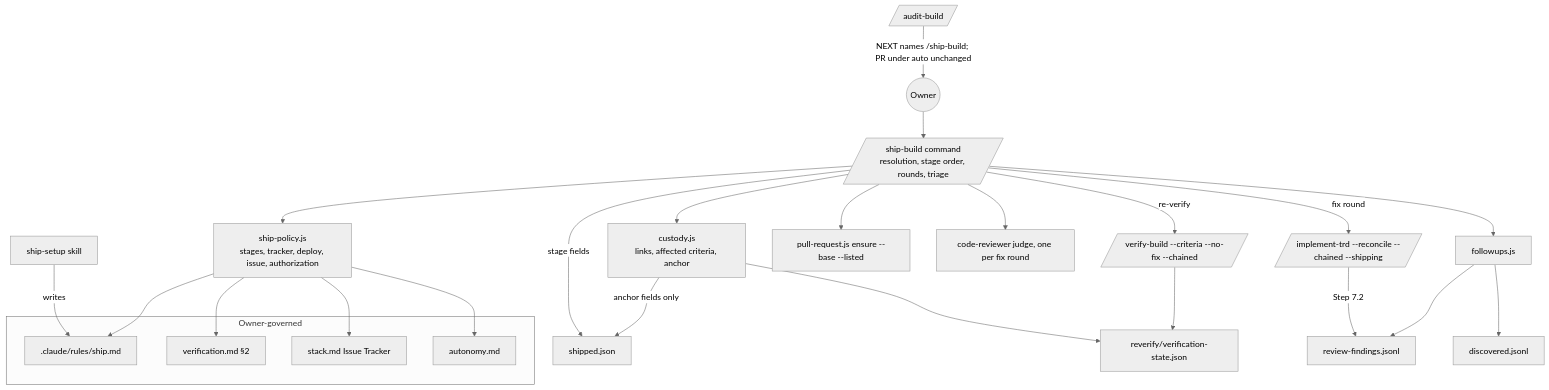
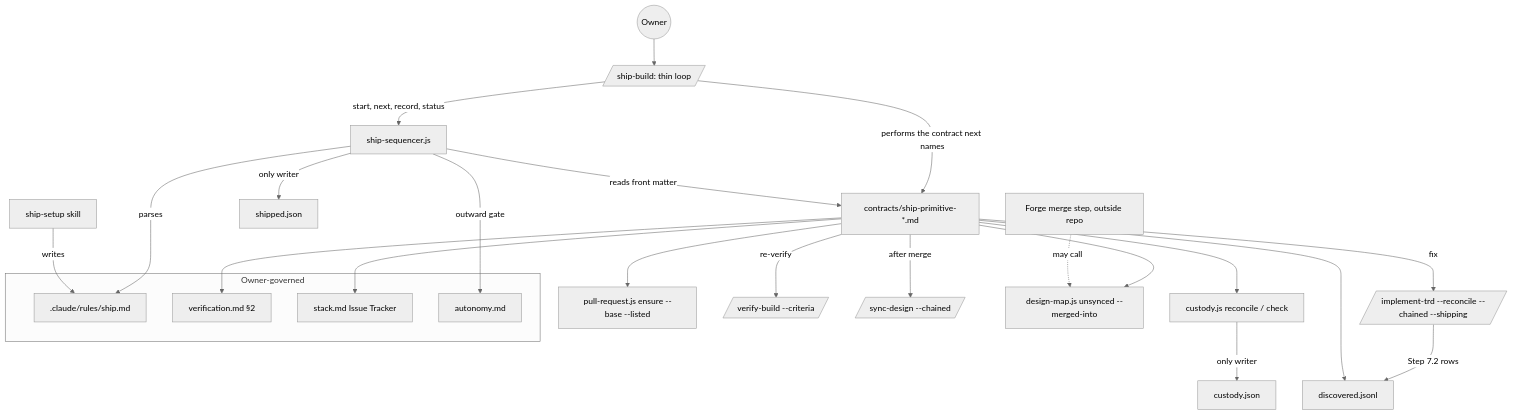
The first of 3 diagrams in docs/TRD/ship-build.md (FortiumPartners/ensemble-vnext), drawn with Mermaid (neutral theme) before and after one commit. The commit also changed other lines of this file and 1 other file, not shown here.

First line of the commit message:
docs(ship-build): TRD 2.0.0 — shipping primitives, auto post-merge sync-design, re-grounded

````diff
--- a/docs/TRD/ship-build.md
+++ b/docs/TRD/ship-build.md
@@ -200,28 +258,28 @@
 ```mermaid
 graph TB
     subgraph "Owner-governed"
         SM[.claude/rules/ship.md]
         VM[verification.md §2]
         ST[stack.md Issue Tracker]
         AU[autonomy.md]
     end
     SS[ship-setup skill] -->|writes| SM
-    AB[/audit-build/] -->|NEXT names /ship-build; PR under auto unchanged| OWN((Owner))
-    OWN --> SB
-    SB[/ship-build command<br/>resolution, stage order, rounds, triage/]
-    SB -->|stage fields| REC[shipped.json]
-    SB --> POL[ship-policy.js<br/>stages, tracker, deploy, issue, authorization]
-    POL --> SM & VM & ST & AU
-    SB --> CUS[custody.js<br/>links, affected criteria, anchor]
-    CUS -->|anchor fields only| REC
-    CUS --> RV[reverify/verification-state.json]
-    SB --> FU[followups.js]
-    SB --> PR[pull-request.js ensure --base --listed]
-    SB --> JG[code-reviewer judge, one per fix round]
-    SB -->|fix round| IMP[/implement-trd --reconcile --chained --shipping/]
-    SB -->|re-verify| VB[/verify-build --criteria --no-fix --chained/]
-    VB --> RV
-    IMP -->|Step 7.2| RF[review-findings.jsonl]
-    FU --> RF
-    FU --> DISC[discovered.jsonl]
+    OWN((Owner)) --> SB
+    SB[/ship-build: thin loop/] -->|start, next, record, status| SEQ[ship-sequencer.js]
+    SEQ -->|parses| SM
+    SEQ -->|reads front matter| PC[contracts/ship-primitive-*.md]
+    SEQ -->|outward gate| AU
+    SEQ -->|only writer| REC[shipped.json]
+    SB -->|performs the contract next names| PC
+    PC --> CUS[custody.js reconcile / check]
+    CUS -->|only writer| CJ[custody.json]
+    PC --> PR[pull-request.js ensure --base --listed]
+    PC --> DISC[discovered.jsonl]
+    PC -->|fix| IMP[/implement-trd --reconcile --chained --shipping/]
+    PC -->|re-verify| VB[/verify-build --criteria/]
+    PC -->|after merge| SD[/sync-design --chained/]
+    PC --> VM & ST
+    IMP -->|Step 7.2 rows| DISC
+    FG[Forge merge step, outside repo] -.->|may call| DM[design-map.js unsynced --merged-into]
+    PC --> DM
 ```
````
